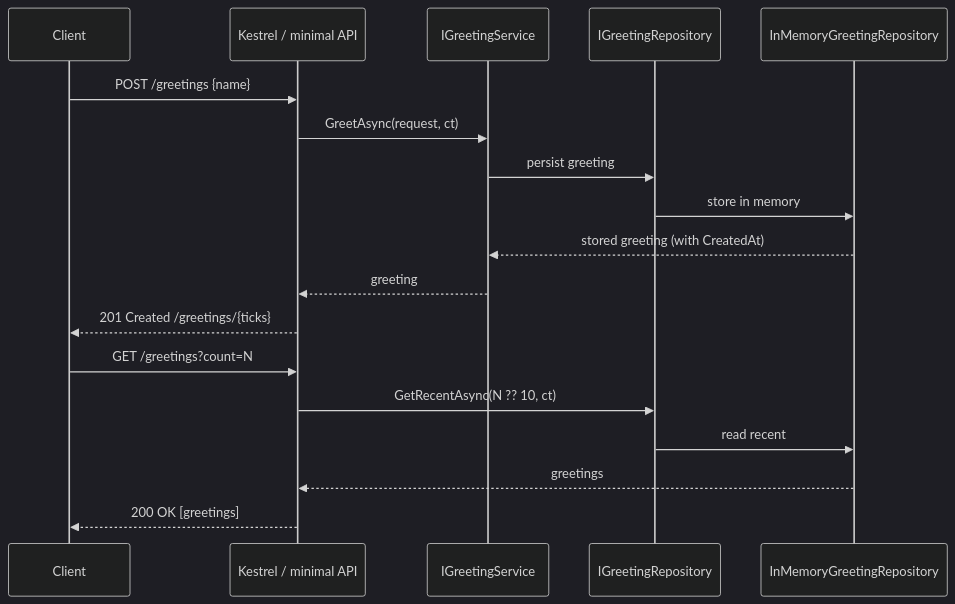
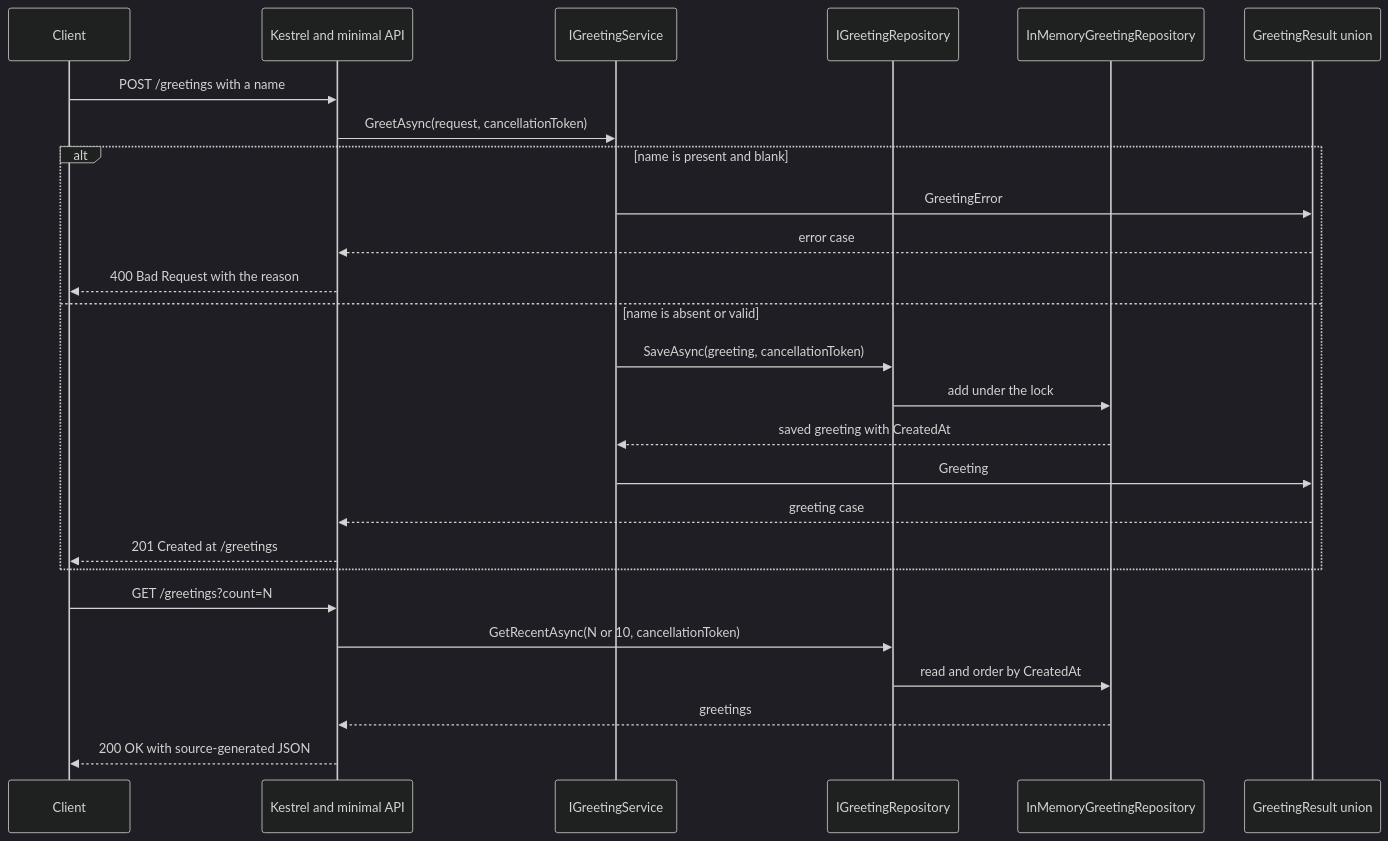
One commit to e128/dotnet-reference changed the first of 2 diagrams in docs/architecture/data-flow.md. Above: the diagram before and after it, drawn with Mermaid (dark theme). The commit also changed other lines of this file and 20 other files, not shown here.

````diff
--- a/docs/architecture/data-flow.md
+++ b/docs/architecture/data-flow.md
@@ -11,22 +11,30 @@
 ```mermaid
 sequenceDiagram
   participant Client
-  participant Kestrel as Kestrel / minimal API
+  participant Kestrel as Kestrel and minimal API
   participant Svc as IGreetingService
   participant Repo as IGreetingRepository
   participant Store as InMemoryGreetingRepository
+  participant Result as GreetingResult union
 
-  Client->>Kestrel: POST /greetings {name}
-  Kestrel->>Svc: GreetAsync(request, ct)
-  Svc->>Repo: persist greeting
-  Repo->>Store: store in memory
-  Store-->>Svc: stored greeting (with CreatedAt)
-  Svc-->>Kestrel: greeting
-  Kestrel-->>Client: 201 Created /greetings/{ticks}
+  Client->>Kestrel: POST /greetings with a name
+  Kestrel->>Svc: GreetAsync(request, cancellationToken)
+  alt name is present and blank
+    Svc->>Result: GreetingError
+    Result-->>Kestrel: error case
+    Kestrel-->>Client: 400 Bad Request with the reason
+  else name is absent or valid
+    Svc->>Repo: SaveAsync(greeting, cancellationToken)
+    Repo->>Store: add under the lock
+    Store-->>Svc: saved greeting with CreatedAt
+    Svc->>Result: Greeting
+    Result-->>Kestrel: greeting case
+    Kestrel-->>Client: 201 Created at /greetings
+  end
 
   Client->>Kestrel: GET /greetings?count=N
-  Kestrel->>Repo: GetRecentAsync(N ?? 10, ct)
-  Repo->>Store: read recent
+  Kestrel->>Repo: GetRecentAsync(N or 10, cancellationToken)
+  Repo->>Store: read and order by CreatedAt
   Store-->>Kestrel: greetings
-  Kestrel-->>Client: 200 OK [greetings]
+  Kestrel-->>Client: 200 OK with source-generated JSON
 ```
````
